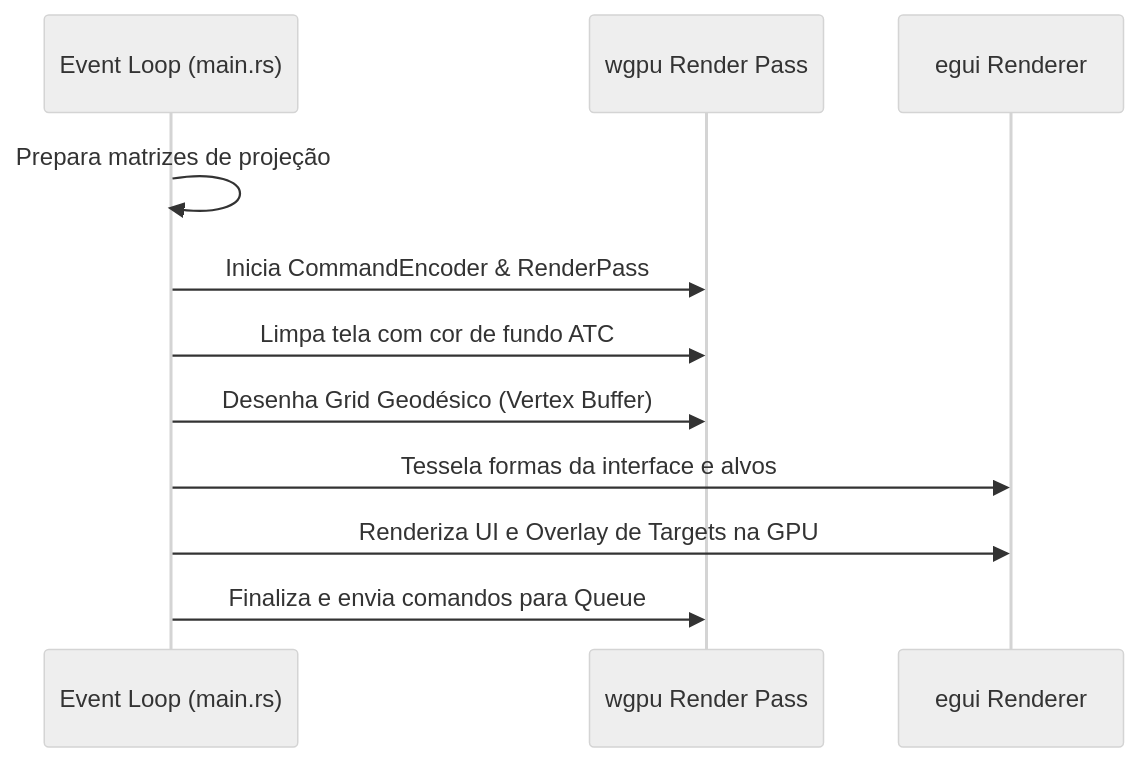
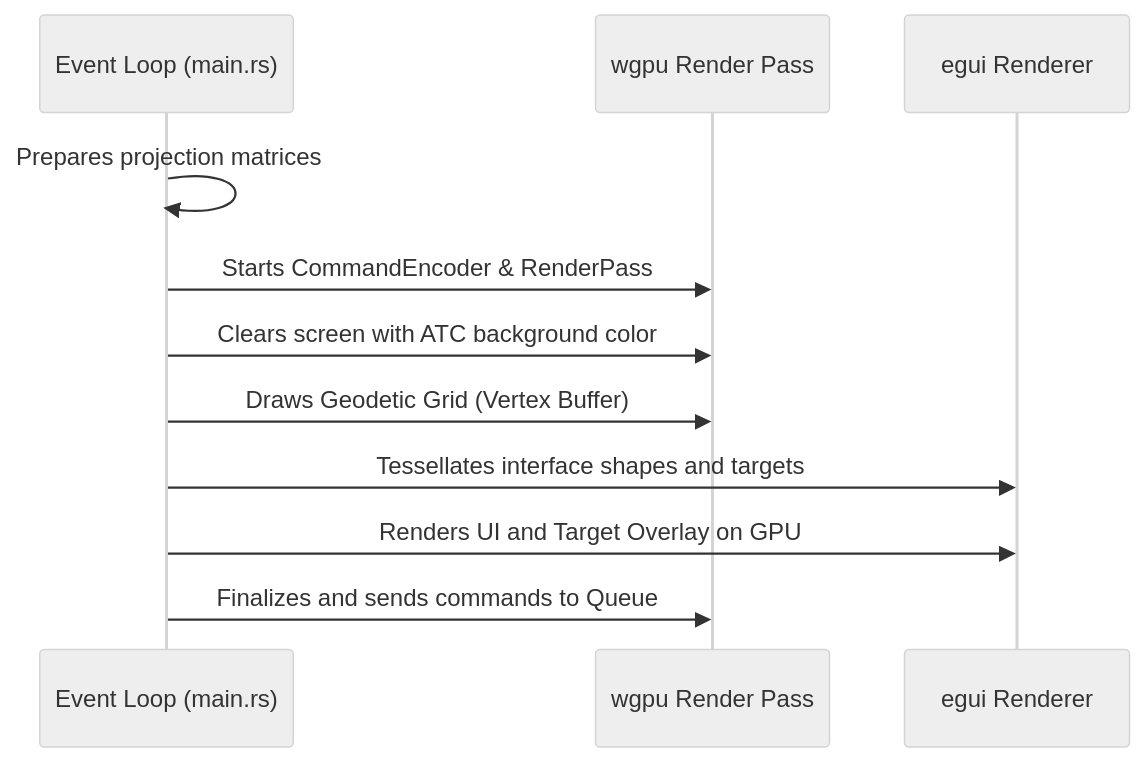
One commit to rodoni/olayer changed the diagram in docs/sdk/native/native_layer_manager/arch.md. Above: the diagram before and after it, drawn with Mermaid (neutral theme). The commit also changed other lines of this file and 29 other files, not shown here.

````diff
--- a/docs/sdk/native/native_layer_manager/arch.md
+++ b/docs/sdk/native/native_layer_manager/arch.md
@@ -45,14 +45,14 @@
 ```mermaid
 sequenceDiagram
     participant Main as Event Loop (main.rs)
     participant WGPU as wgpu Render Pass
     participant Egui as egui Renderer
     
-    Main->>Main: Prepara matrizes de projeção
-    Main->>WGPU: Inicia CommandEncoder & RenderPass
-    Main->>WGPU: Limpa tela com cor de fundo ATC
-    Main->>WGPU: Desenha Grid Geodésico (Vertex Buffer)
-    Main->>Egui: Tessela formas da interface e alvos
-    Main->>Egui: Renderiza UI e Overlay de Targets na GPU
-    Main->>WGPU: Finaliza e envia comandos para Queue
+    Main->>Main: Prepares projection matrices
+    Main->>WGPU: Starts CommandEncoder & RenderPass
+    Main->>WGPU: Clears screen with ATC background color
+    Main->>WGPU: Draws Geodetic Grid (Vertex Buffer)
+    Main->>Egui: Tessellates interface shapes and targets
+    Main->>Egui: Renders UI and Target Overlay on GPU
+    Main->>WGPU: Finalizes and sends commands to Queue
 ```
````
